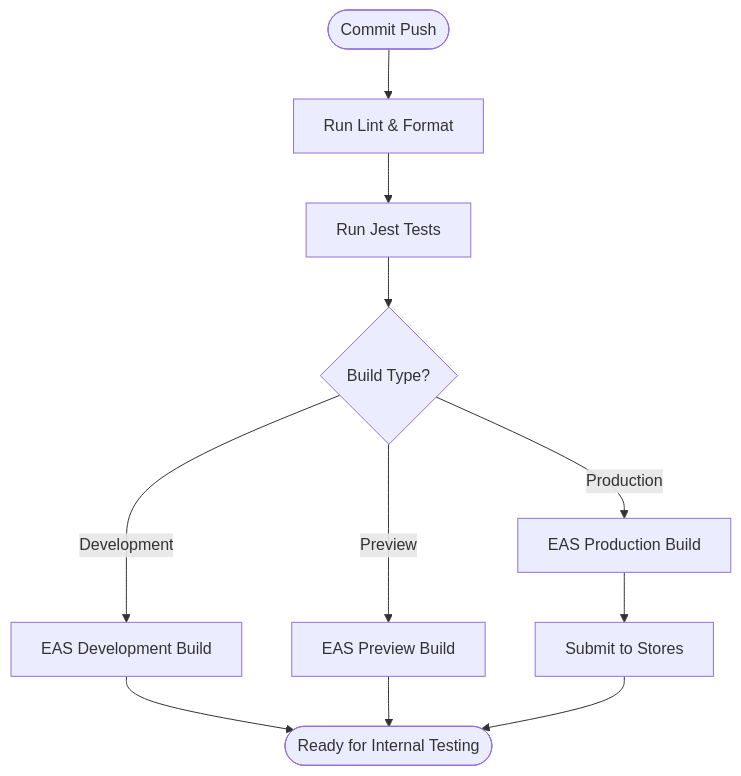
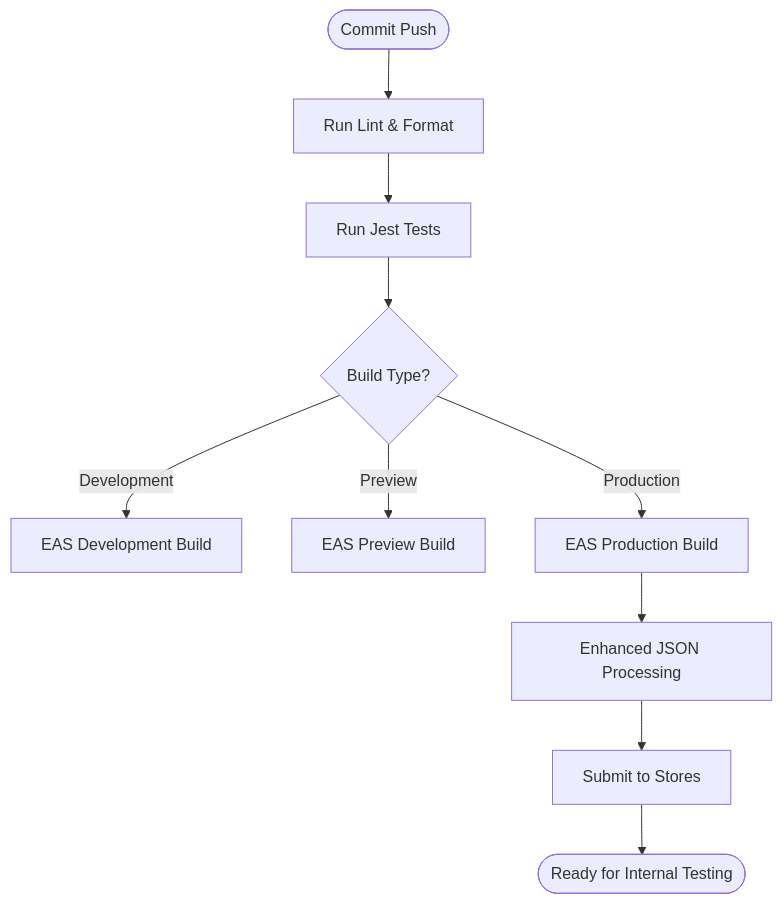
Before and after one commit to karllasouzza/PowerLists: the fifth of 6 diagrams in .qoder/repowiki/en/content/Build and Deployment.md, drawn with Mermaid. The commit also changed other lines of this file and 5 other files, not shown here.

````diff
--- a/.qoder/repowiki/en/content/Build and Deployment.md
+++ b/.qoder/repowiki/en/content/Build and Deployment.md
@@ -302,13 +329,12 @@
 ```mermaid
 flowchart TD
 Start(["Commit Push"]) --> Lint["Run Lint & Format"]
 Lint --> Tests["Run Jest Tests"]
 Tests --> DevBuild{"Build Type?"}
 DevBuild --> |Development| Dev["EAS Development Build"]
 DevBuild --> |Preview| Pre["EAS Preview Build"]
 DevBuild --> |Production| Prod["EAS Production Build"]
-Dev --> Done(["Ready for Internal Testing"])
-Pre --> Done
-Prod --> Submit["Submit to Stores"]
-Submit --> Done
+Prod --> Simdjson["Enhanced JSON Processing"]
+Simdjson --> Submit["Submit to Stores"]
+Submit --> Done(["Ready for Internal Testing"])
 ```
````
